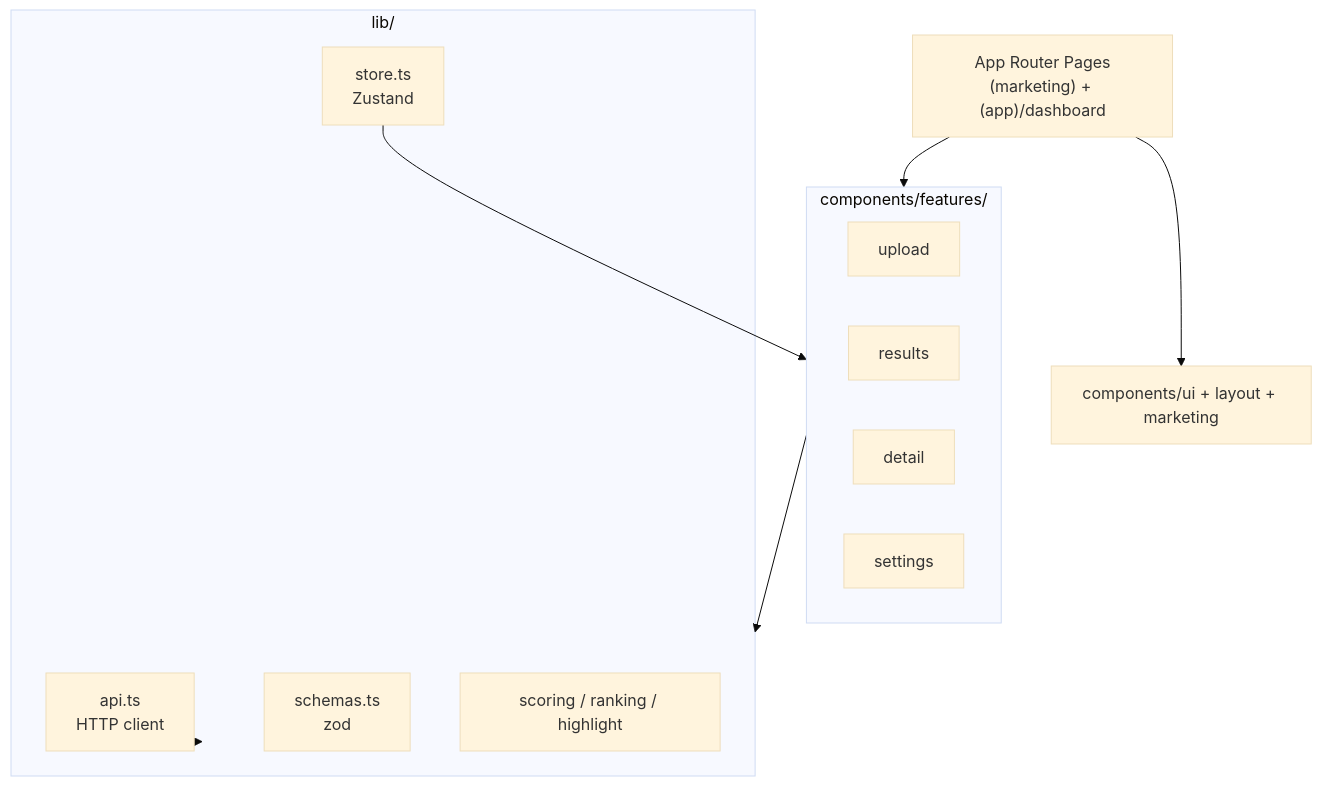
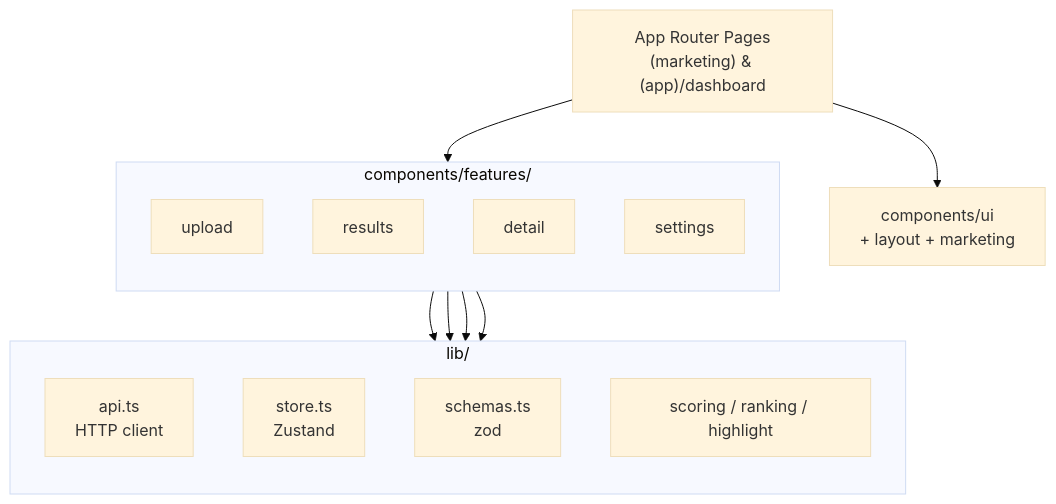
One commit to zenith-id/plagiarism-checker changed the second of 3 diagrams in README.md. Above: the diagram before and after it, drawn with Mermaid (base theme). The commit also changed other lines of this file, not shown here.

Commit message:
docs(readme): perjelas diagram arsitektur root

````diff
--- a/README.md
+++ b/README.md
@@ -95,26 +109,29 @@
 ```mermaid
 flowchart TD
-    PAGE["App Router Pages<br/>(marketing) + (app)/dashboard"]
+    PAGE["App Router Pages<br/>(marketing) & (app)/dashboard"]
+
+    subgraph FEAT["components/features/"]
+        direction TB
+        UP["upload"]
+        RES["results"]
+        DET["detail"]
+        SET["settings"]
+    end
 
     subgraph LIB["lib/"]
+        direction TB
         API["api.ts<br/>HTTP client"]
         STORE["store.ts<br/>Zustand"]
         SCH["schemas.ts<br/>zod"]
         UTIL["scoring / ranking / highlight"]
     end
 
-    subgraph FEAT["components/features/"]
-        UP["upload"]
-        RES["results"]
-        DET["detail"]
-        SET["settings"]
-    end
-
-    UI["components/ui + layout + marketing"]
+    UI["components/ui<br/>+ layout + marketing"]
 
     PAGE --> FEAT
     PAGE --> UI
-    FEAT --> LIB
-    LIB --> API
-    STORE --> FEAT
+    FEAT --> STORE
+    FEAT --> API
+    FEAT --> SCH
+    FEAT --> UTIL
 ```
````
